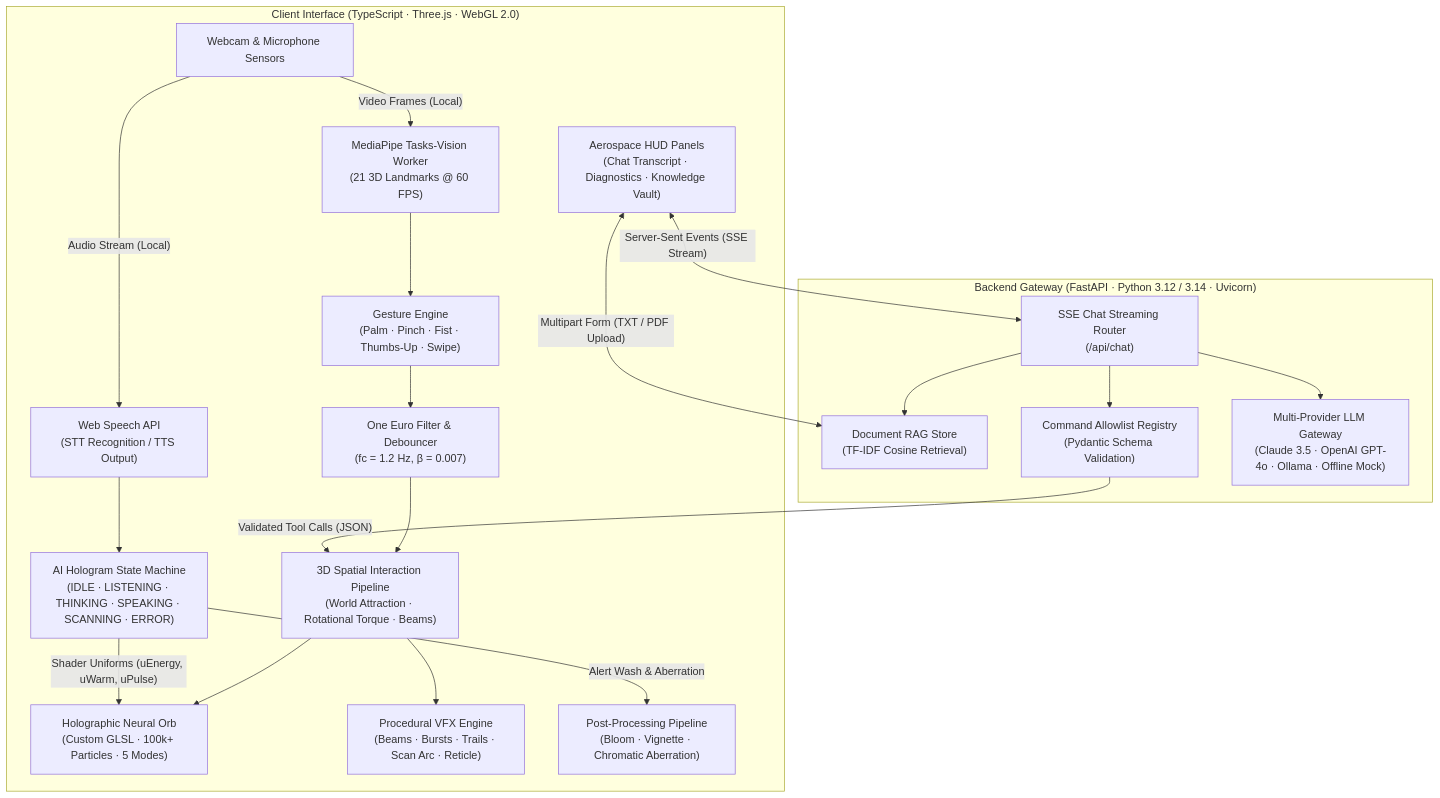
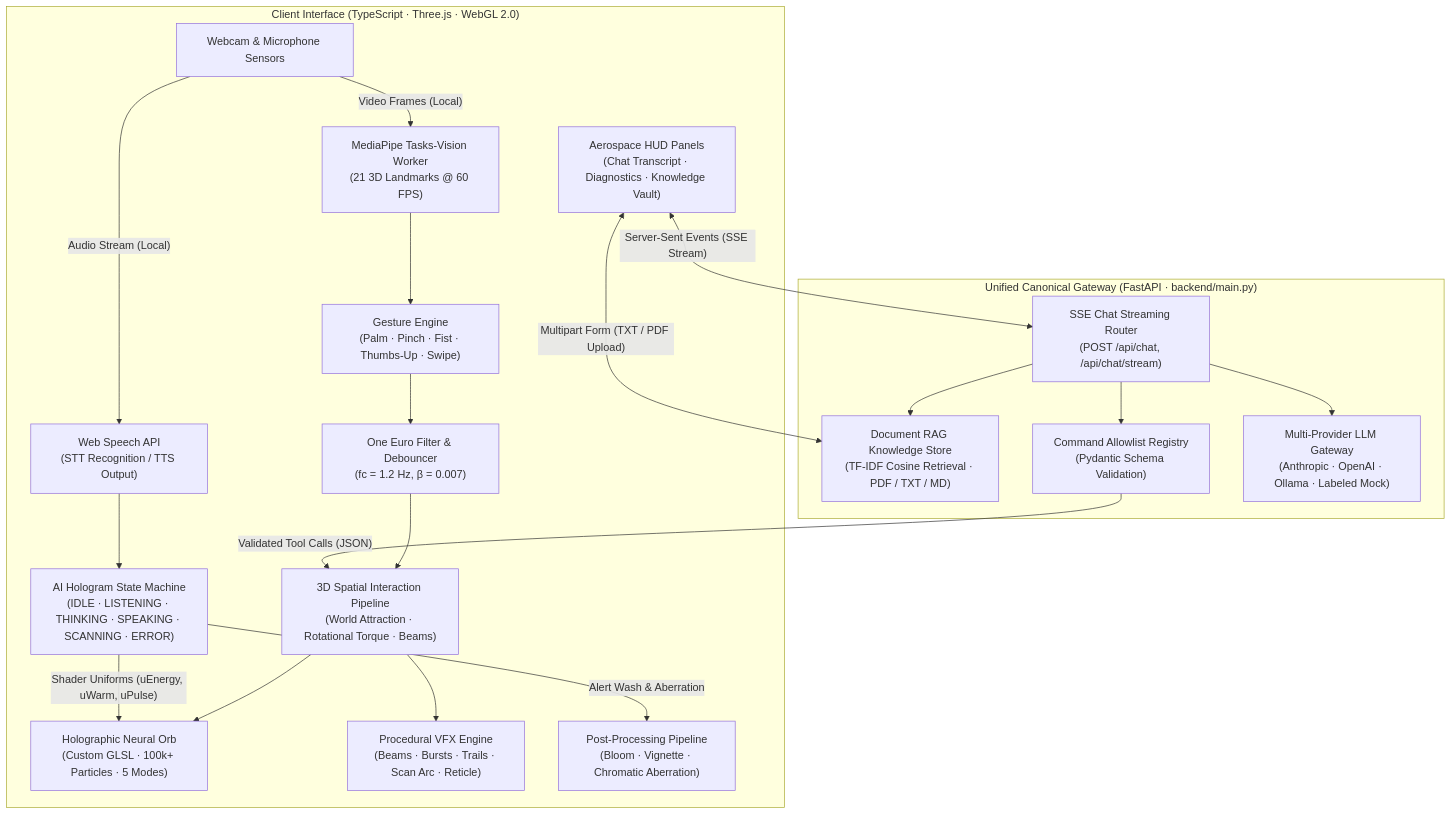
One commit to sathvikkasanagpttu/ultimaitron-ai changed the diagram in README.md. Above: the diagram before and after it, drawn with Mermaid. The commit also changed other lines of this file and 1 other file, not shown here.

Commit message:
docs: update README.md for v2.0.0 unified architecture, security hardening, and test suites

````diff
--- a/README.md
+++ b/README.md
@@ -47,35 +49,35 @@
 ```mermaid
 flowchart TD
     subgraph Client ["Client Interface (TypeScript · Three.js · WebGL 2.0)"]
         Sensors["Webcam & Microphone Sensors"] -->|"Video Frames (Local)"| Vision["MediaPipe Tasks-Vision Worker<br/>(21 3D Landmarks @ 60 FPS)"]
         Sensors -->|"Audio Stream (Local)"| Speech["Web Speech API<br/>(STT Recognition / TTS Output)"]
         
         Vision --> Gestures["Gesture Engine<br/>(Palm · Pinch · Fist · Thumbs-Up · Swipe)"]
         Gestures --> Filter["One Euro Filter & Debouncer<br/>(fc = 1.2 Hz, β = 0.007)"]
         Filter --> Interaction["3D Spatial Interaction Pipeline<br/>(World Attraction · Rotational Torque · Beams)"]
         
         Interaction --> Orb3D["Holographic Neural Orb<br/>(Custom GLSL · 100k+ Particles · 5 Modes)"]
         Interaction --> VFX["Procedural VFX Engine<br/>(Beams · Bursts · Trails · Scan Arc · Reticle)"]
         
         Speech --> AIState["AI Hologram State Machine<br/>(IDLE · LISTENING · THINKING · SPEAKING · SCANNING · ERROR)"]
         AIState -->|"Shader Uniforms (uEnergy, uWarm, uPulse)"| Orb3D
         AIState -->|"Alert Wash & Aberration"| Post["Post-Processing Pipeline<br/>(Bloom · Vignette · Chromatic Aberration)"]
         
         HUD["Aerospace HUD Panels<br/>(Chat Transcript · Diagnostics · Knowledge Vault)"]
     end
 
-    subgraph Server ["Backend Gateway (FastAPI · Python 3.12 / 3.14 · Uvicorn)"]
-        SSEEndpoint["SSE Chat Streaming Router<br/>(/api/chat)"]
-        RAGService["Document RAG Store<br/>(TF-IDF Cosine Retrieval)"]
+    subgraph Server ["Unified Canonical Gateway (FastAPI · backend/main.py)"]
+        SSEEndpoint["SSE Chat Streaming Router<br/>(POST /api/chat, /api/chat/stream)"]
+        RAGService["Document RAG Knowledge Store<br/>(TF-IDF Cosine Retrieval · PDF / TXT / MD)"]
         CommandRegistry["Command Allowlist Registry<br/>(Pydantic Schema Validation)"]
-        Providers["Multi-Provider LLM Gateway<br/>(Claude 3.5 · OpenAI GPT-4o · Ollama · Offline Mock)"]
+        Providers["Multi-Provider LLM Gateway<br/>(Anthropic · OpenAI · Ollama · Labeled Mock)"]
         
         SSEEndpoint --> CommandRegistry
         SSEEndpoint --> RAGService
         SSEEndpoint --> Providers
     end
 
     HUD <-->|"Server-Sent Events (SSE Stream)"| SSEEndpoint
     HUD <-->|"Multipart Form (TXT / PDF Upload)"| RAGService
     CommandRegistry -->|"Validated Tool Calls (JSON)"| Interaction
 ```
````
